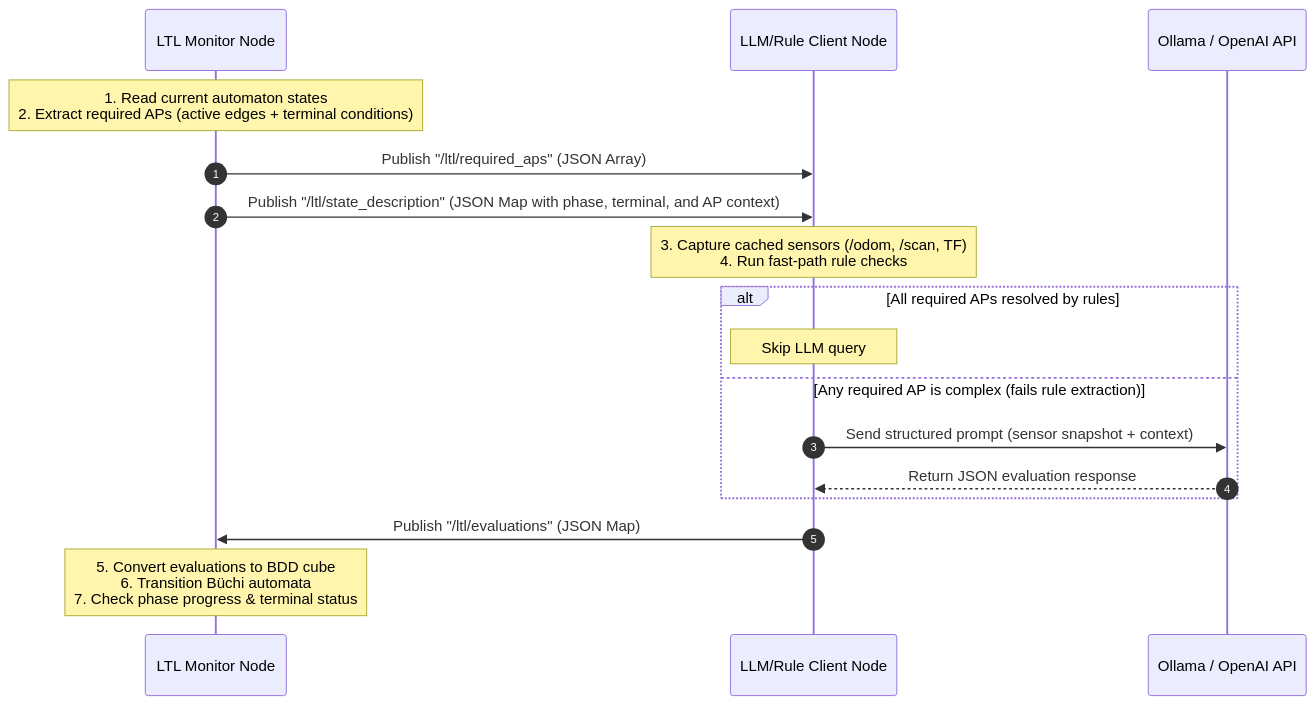
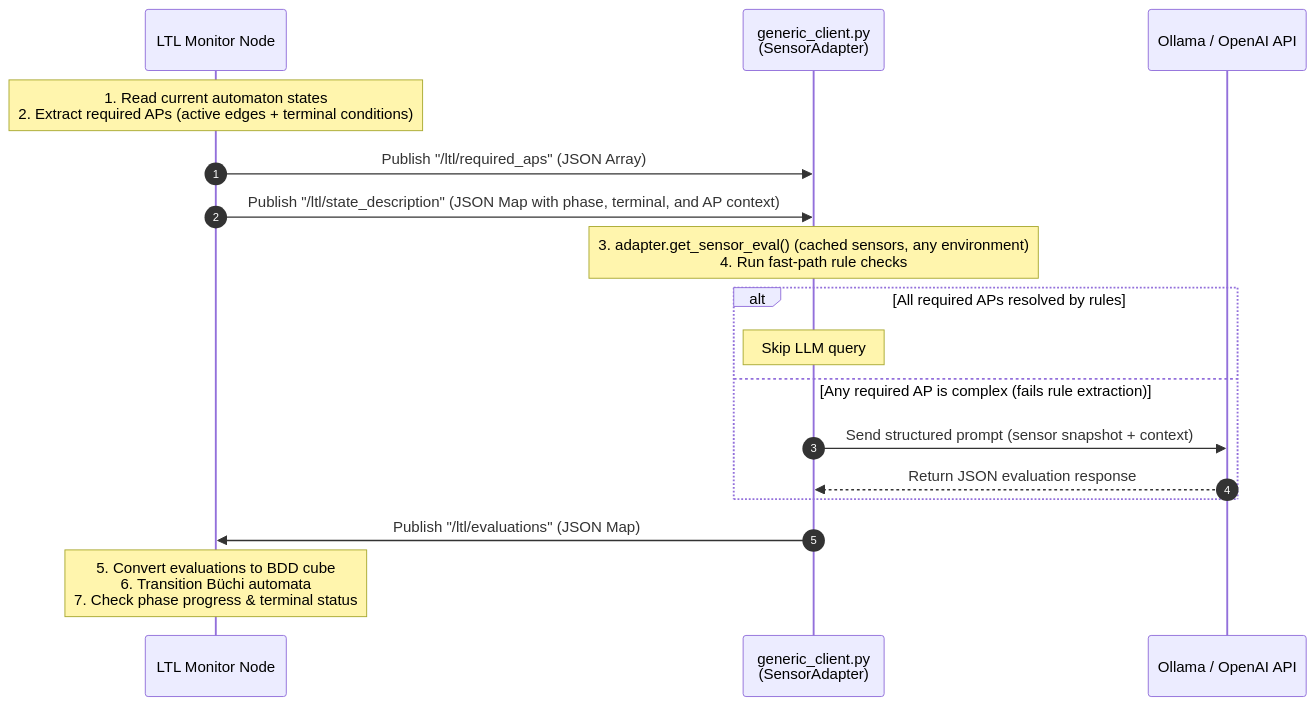
Before and after one commit to pinhas019/LtlMonitor: the second of 3 diagrams in system_description.md, drawn with Mermaid. The commit also changed other lines of this file and 2 other files, not shown here.

First line of the commit message:
docs: update README/system_description/g1_bridges for the adapter architecture

````diff
--- a/system_description.md
+++ b/system_description.md
@@ -70,20 +75,20 @@
 ```mermaid
 sequenceDiagram
     autonumber
     participant M as LTL Monitor Node
-    participant C as LLM/Rule Client Node
+    participant C as generic_client.py<br/>(SensorAdapter)
     participant LLM as Ollama / OpenAI API
 
     Note over M: 1. Read current automaton states<br/>2. Extract required APs (active edges + terminal conditions)
     M->>C: Publish "/ltl/required_aps" (JSON Array)
     M->>C: Publish "/ltl/state_description" (JSON Map with phase, terminal, and AP context)
-    Note over C: 3. Capture cached sensors (/odom, /scan, TF)<br/>4. Run fast-path rule checks
+    Note over C: 3. adapter.get_sensor_eval() (cached sensors, any environment)<br/>4. Run fast-path rule checks
     alt All required APs resolved by rules
         Note over C: Skip LLM query
     else Any required AP is complex (fails rule extraction)
         C->>LLM: Send structured prompt (sensor snapshot + context)
         LLM-->>C: Return JSON evaluation response
     end
     C->>M: Publish "/ltl/evaluations" (JSON Map)
     Note over M: 5. Convert evaluations to BDD cube<br/>6. Transition Büchi automata<br/>7. Check phase progress & terminal status
 ```
````
